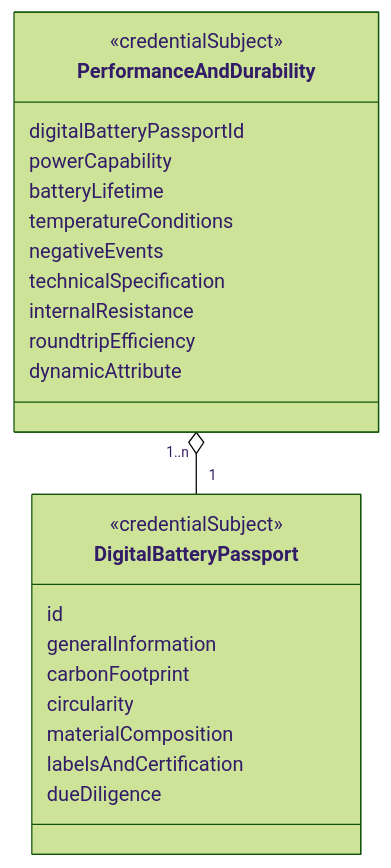
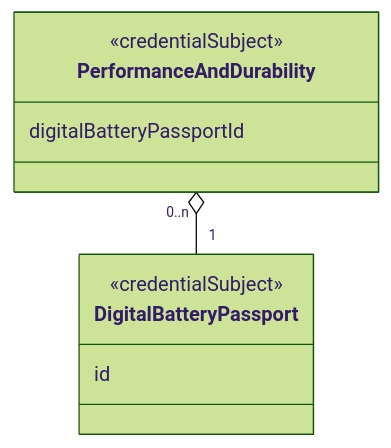
Before and after one commit to spherity/dpp-vocabulary: the first of 9 diagrams in docs/contexts/dbp/vocabulary.md, drawn with Mermaid (forest theme). The commit also changed other lines of this file, not shown here.

Commit message:
fix: Abstract

````diff
--- a/docs/contexts/dbp/vocabulary.md
+++ b/docs/contexts/dbp/vocabulary.md
@@ -282,28 +282,14 @@
 ```mermaid
 classDiagram
 
     class DigitalBatteryPassport{
         <<credentialSubject>>
         id
-        generalInformation
-        carbonFootprint
-        circularity
-        materialComposition
-        labelsAndCertification
-        dueDiligence
     }
     class PerformanceAndDurability{
         <<credentialSubject>>
         digitalBatteryPassportId
-        powerCapability
-        batteryLifetime
-        temperatureConditions
-        negativeEvents
-        technicalSpecification
-        internalResistance
-        roundtripEfficiency
-        dynamicAttribute
     }
 
-    PerformanceAndDurability "1..n" o-- "1" DigitalBatteryPassport
+    PerformanceAndDurability "0..n" o-- "1" DigitalBatteryPassport
 ```
````
